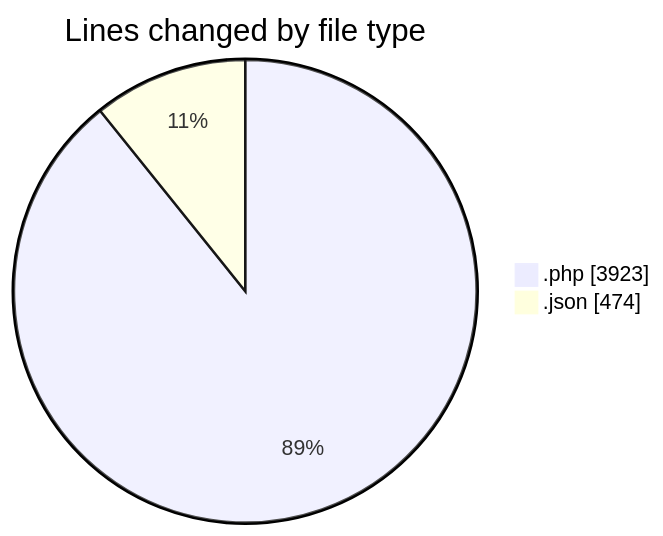
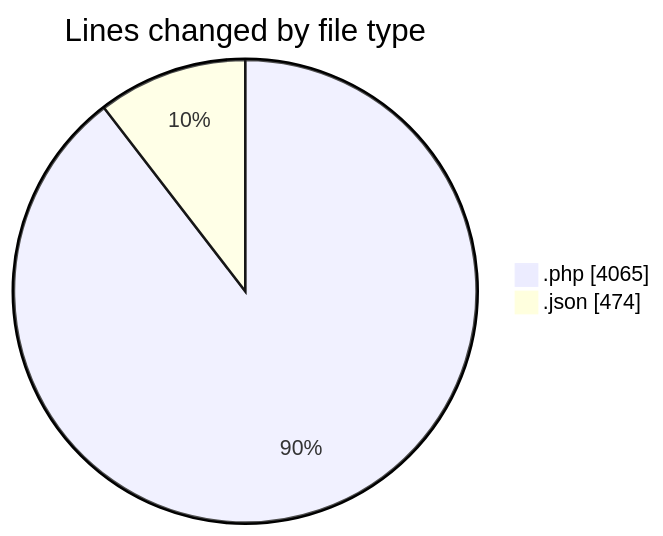
One commit to idhammustaqopulfikri/code-tracking changed the first of 2 diagrams in 2025-06-16/studio-backend/README.md. Above: the diagram before and after it, drawn with Mermaid. The commit also changed other lines of this file and 1 other file, not shown here.

````diff
--- a/2025-06-16/studio-backend/README.md
+++ b/2025-06-16/studio-backend/README.md
@@ -36,6 +37,6 @@
 ```mermaid
 pie showData
 title Lines changed by file type
-".php" : 3923
+".php" : 4065
 ".json" : 474
 ```
````
